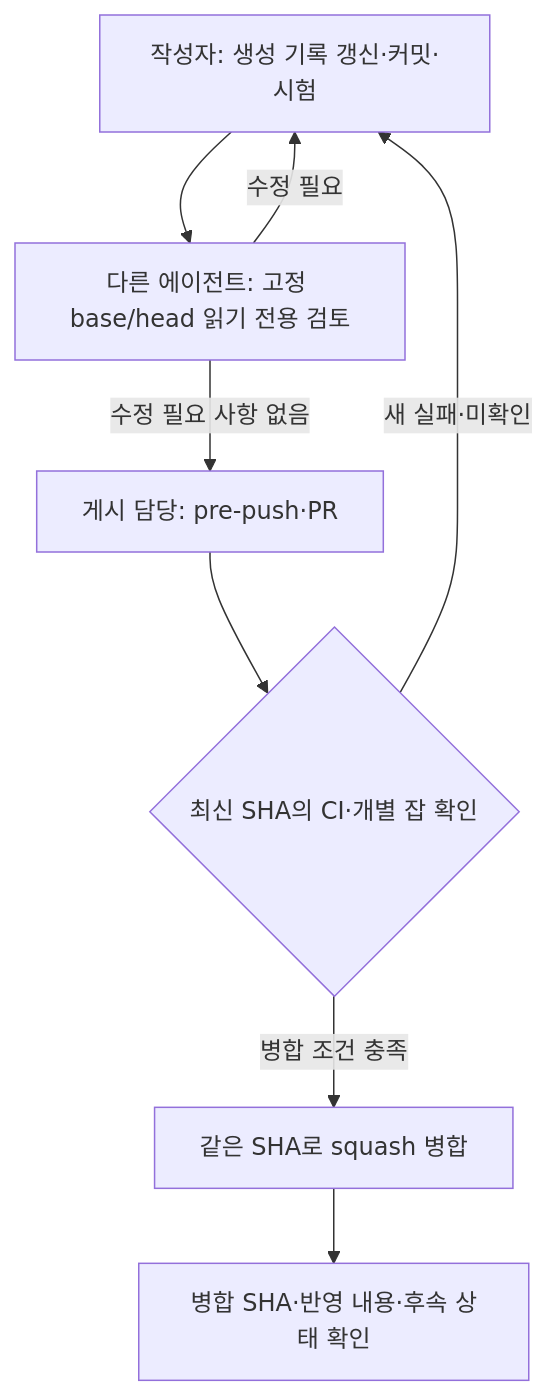
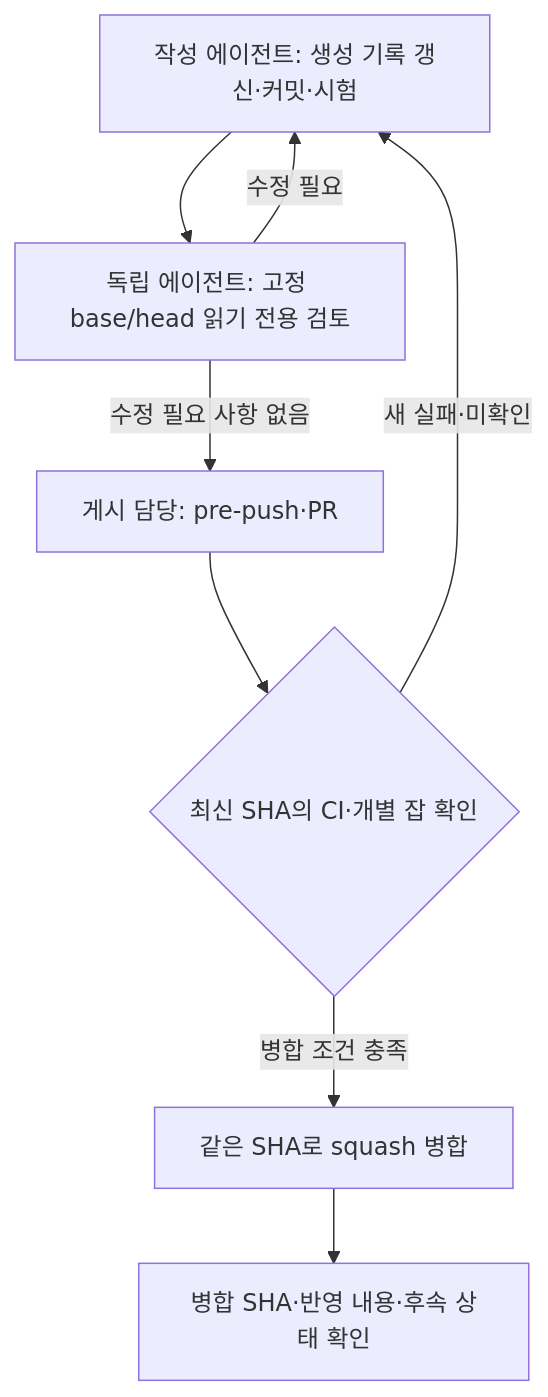
One commit to robotics-team-1213/rosy-platform changed the diagram in docs/reference/pr-pipeline.md. Above: the diagram before and after it, drawn with Mermaid. The commit also changed other lines of this file and 1 other file, not shown here.

Commit message:
docs: preserve hook exceptions and review gates while shortening guidance

````diff
--- a/docs/reference/pr-pipeline.md
+++ b/docs/reference/pr-pipeline.md
@@ -5,10 +5,10 @@
 ```mermaid
 flowchart TD
-    author["작성자: 생성 기록 갱신·커밋·시험"] --> review["다른 에이전트: 고정 base/head 읽기 전용 검토"]
+    author["작성 에이전트: 생성 기록 갱신·커밋·시험"] --> review["독립 에이전트: 고정 base/head 읽기 전용 검토"]
     review -->|수정 필요| author
     review -->|수정 필요 사항 없음| post["게시 담당: pre-push·PR"]
     post --> ci{"최신 SHA의 CI·개별 잡 확인"}
     ci -->|새 실패·미확인| author
     ci -->|병합 조건 충족| merge["같은 SHA로 squash 병합"]
     merge --> check["병합 SHA·반영 내용·후속 상태 확인"]
 ```
````
